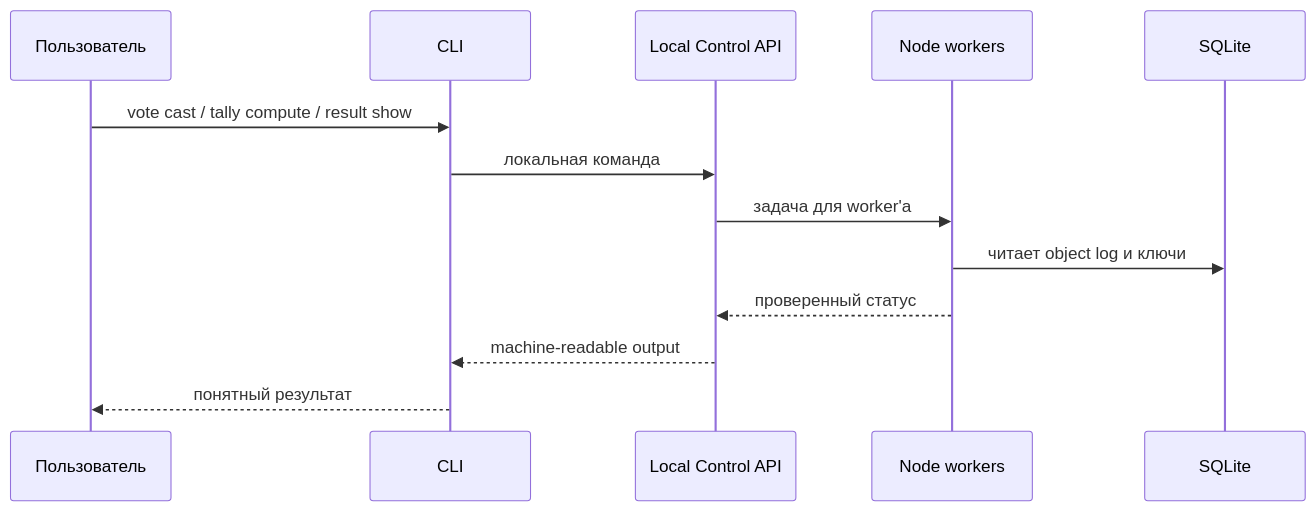
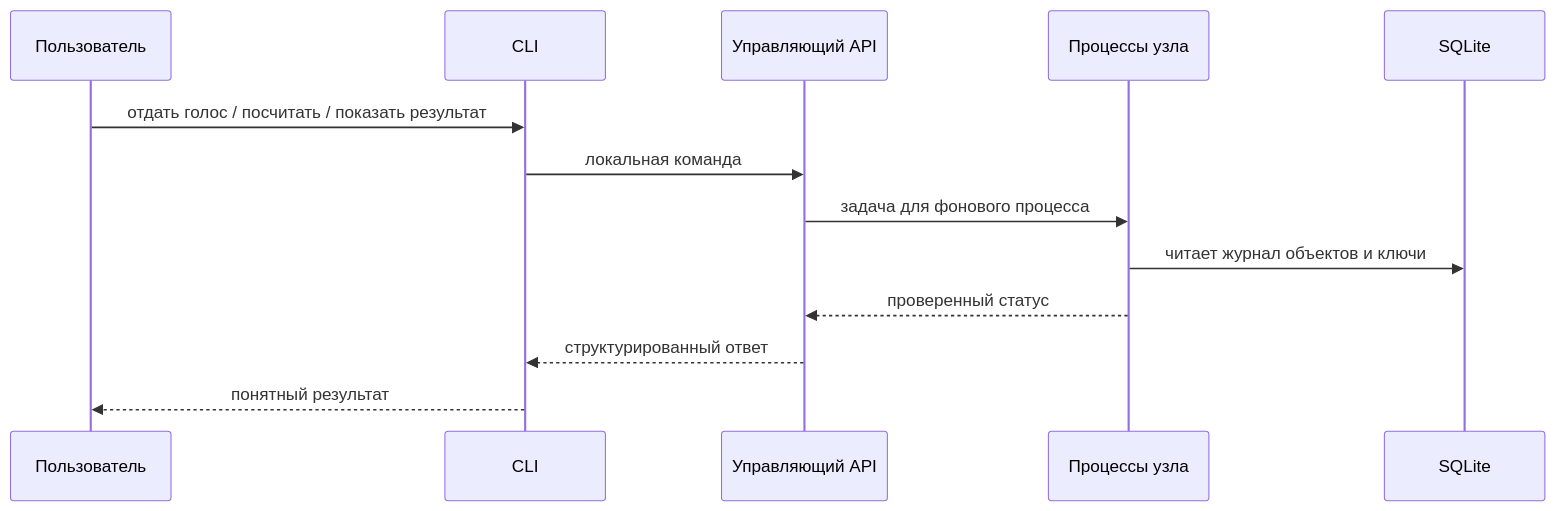
One commit to arshtanko/librevote changed the third of 17 diagrams in librevote-presentation-ru.md. Above: the diagram before and after it, drawn with Mermaid. The commit also changed other lines of this file, not shown here.

````diff
--- a/librevote-presentation-ru.md
+++ b/librevote-presentation-ru.md
@@ -82,16 +94,16 @@
 ```mermaid
 sequenceDiagram
   participant User as Пользователь
   participant CLI as CLI
-  participant API as Local Control API
-  participant Node as Node workers
+  participant API as Управляющий API
+  participant Node as Процессы узла
   participant Store as SQLite
 
-  User->>CLI: vote cast / tally compute / result show
+  User->>CLI: отдать голос / посчитать / показать результат
   CLI->>API: локальная команда
-  API->>Node: задача для worker'а
-  Node->>Store: читает object log и ключи
+  API->>Node: задача для фонового процесса
+  Node->>Store: читает журнал объектов и ключи
   Node-->>API: проверенный статус
-  API-->>CLI: machine-readable output
+  API-->>CLI: структурированный ответ
   CLI-->>User: понятный результат
 ```
````
